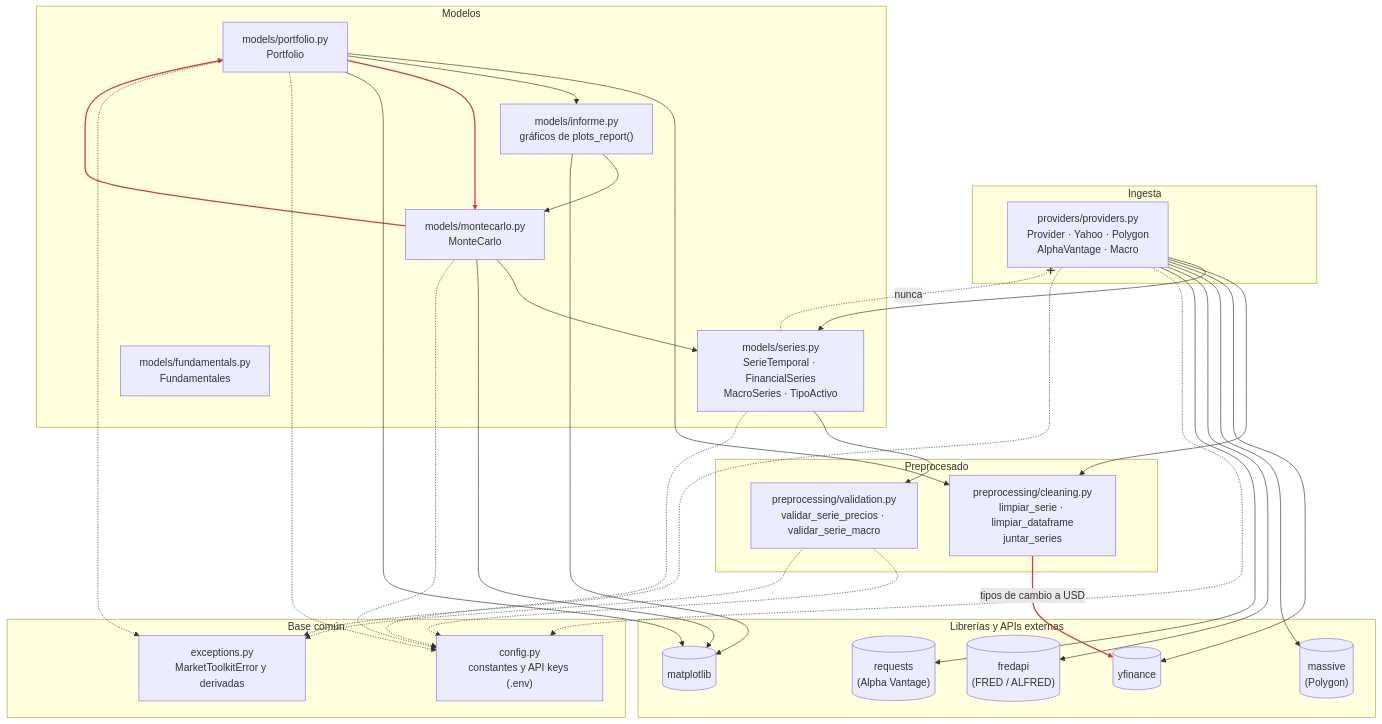
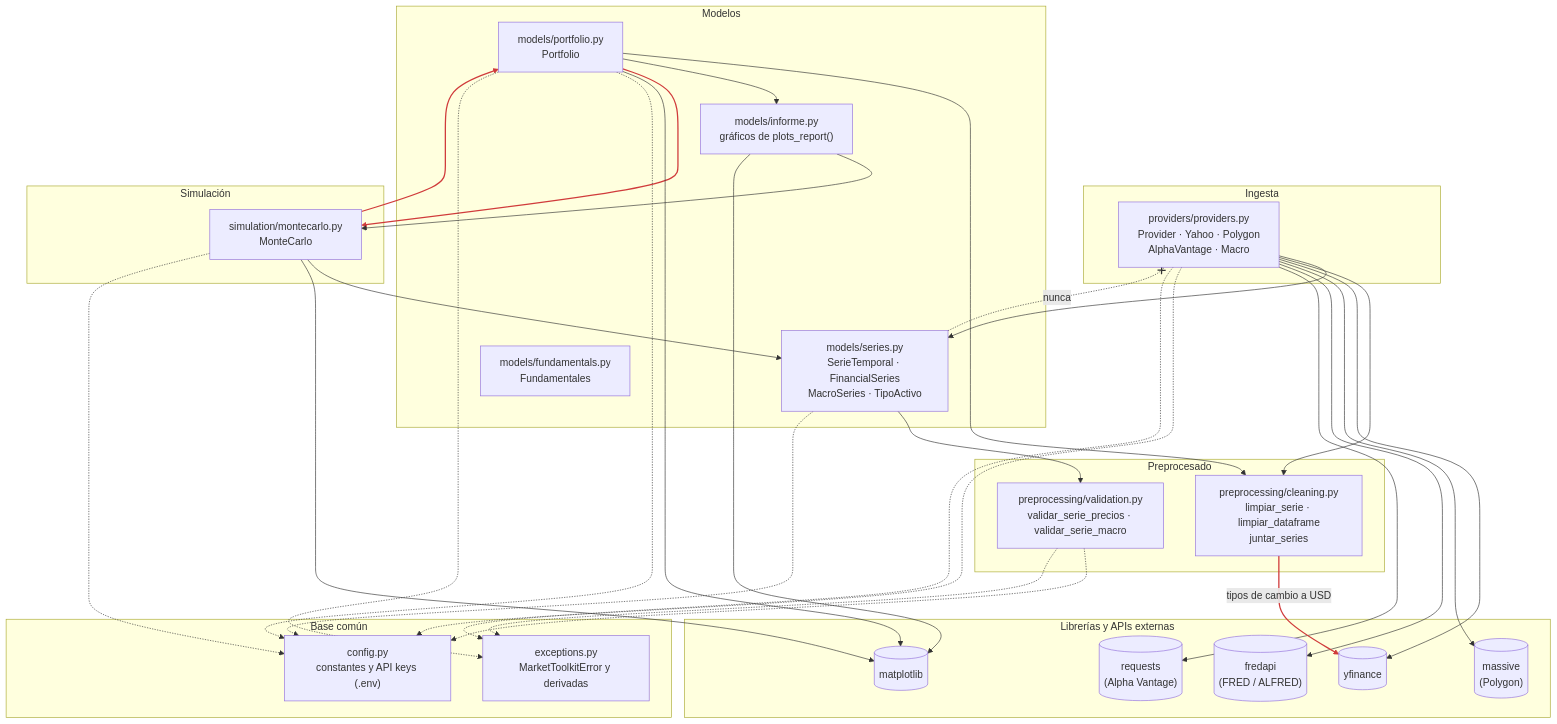
One commit to JAVIIFDEEZ/market-toolkit changed the first of 2 diagrams in docs/architecture/dependencias.md. Above: the diagram before and after it, drawn with Mermaid. The commit also changed other lines of this file and 3 other files, not shown here.

````diff
--- a/docs/architecture/dependencias.md
+++ b/docs/architecture/dependencias.md
@@ -8,63 +8,66 @@
 ```mermaid
 flowchart TB
     subgraph externas["Librerías y APIs externas"]
         yf[("yfinance")]
         massive[("massive<br/>(Polygon)")]
         fredapi[("fredapi<br/>(FRED / ALFRED)")]
         req[("requests<br/>(Alpha Vantage)")]
         mpl[("matplotlib")]
     end
 
     subgraph ingesta["Ingesta"]
         providers["providers/providers.py<br/>Provider · Yahoo · Polygon<br/>AlphaVantage · Macro"]
     end
 
     subgraph modelos["Modelos"]
         series["models/series.py<br/>SerieTemporal · FinancialSeries<br/>MacroSeries · TipoActivo"]
         fundamentals["models/fundamentals.py<br/>Fundamentales"]
         portfolio["models/portfolio.py<br/>Portfolio"]
-        montecarlo["models/montecarlo.py<br/>MonteCarlo"]
         informe["models/informe.py<br/>gráficos de plots_report()"]
+    end
+
+    subgraph simulacion["Simulación"]
+        montecarlo["simulation/montecarlo.py<br/>MonteCarlo"]
     end
 
     subgraph prep["Preprocesado"]
         cleaning["preprocessing/cleaning.py<br/>limpiar_serie · limpiar_dataframe<br/>juntar_series"]
         validation["preprocessing/validation.py<br/>validar_serie_precios · validar_serie_macro"]
     end
 
     subgraph base["Base común"]
         config["config.py<br/>constantes y API keys (.env)"]
         exceptions["exceptions.py<br/>MarketToolkitError y derivadas"]
     end
 
     providers --> series
     providers --> cleaning
     providers --> yf
     providers --> massive
     providers --> fredapi
     providers --> req
     series --> validation
     portfolio --> cleaning
     portfolio --> informe
     portfolio --> montecarlo
     montecarlo --> portfolio
     informe --> montecarlo
     montecarlo --> series
     montecarlo --> mpl
     portfolio --> mpl
     informe --> mpl
     cleaning -- "tipos de cambio a USD" --> yf
 
     providers -.-> config
     providers -.-> exceptions
     series -.-> config
     portfolio -.-> config
     portfolio -.-> exceptions
     montecarlo -.-> config
     validation -.-> config
     validation -.-> exceptions
 
     series -. "nunca" .-x providers
 
     linkStyle 9,10,16 stroke:#d03b3b,stroke-width:2px
 ```
````
